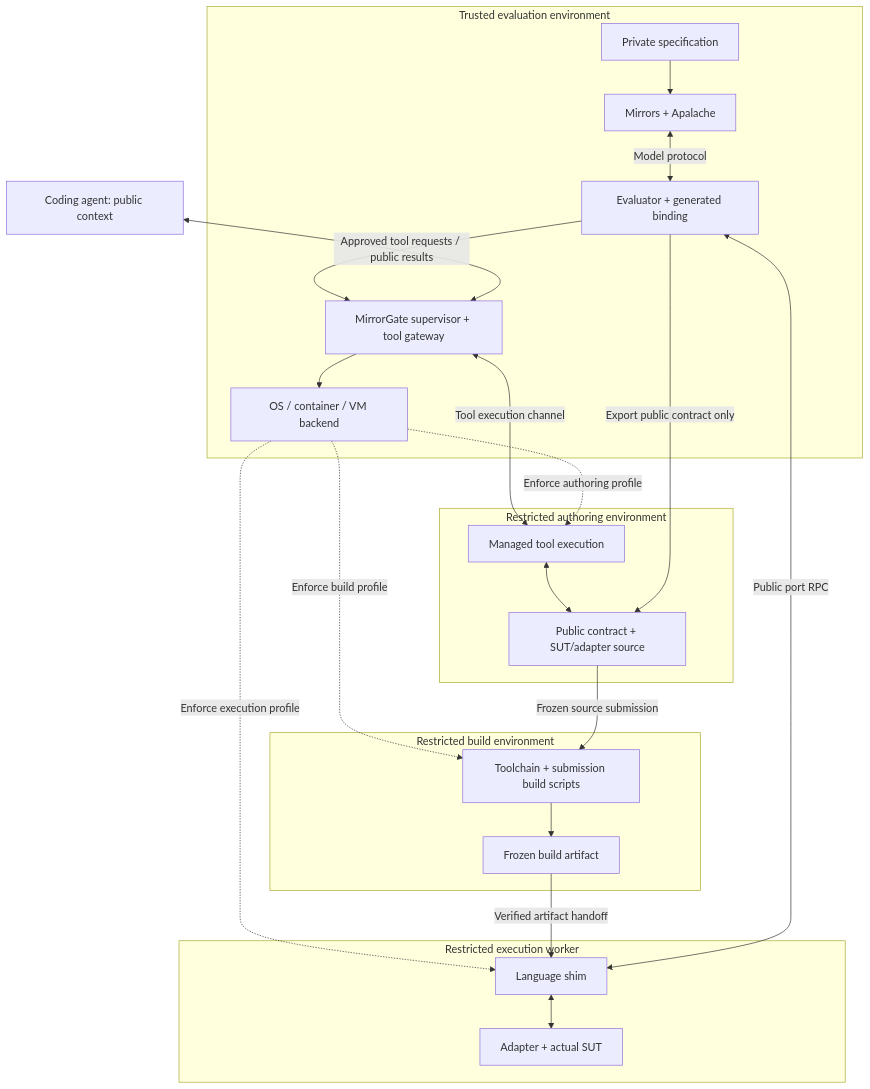
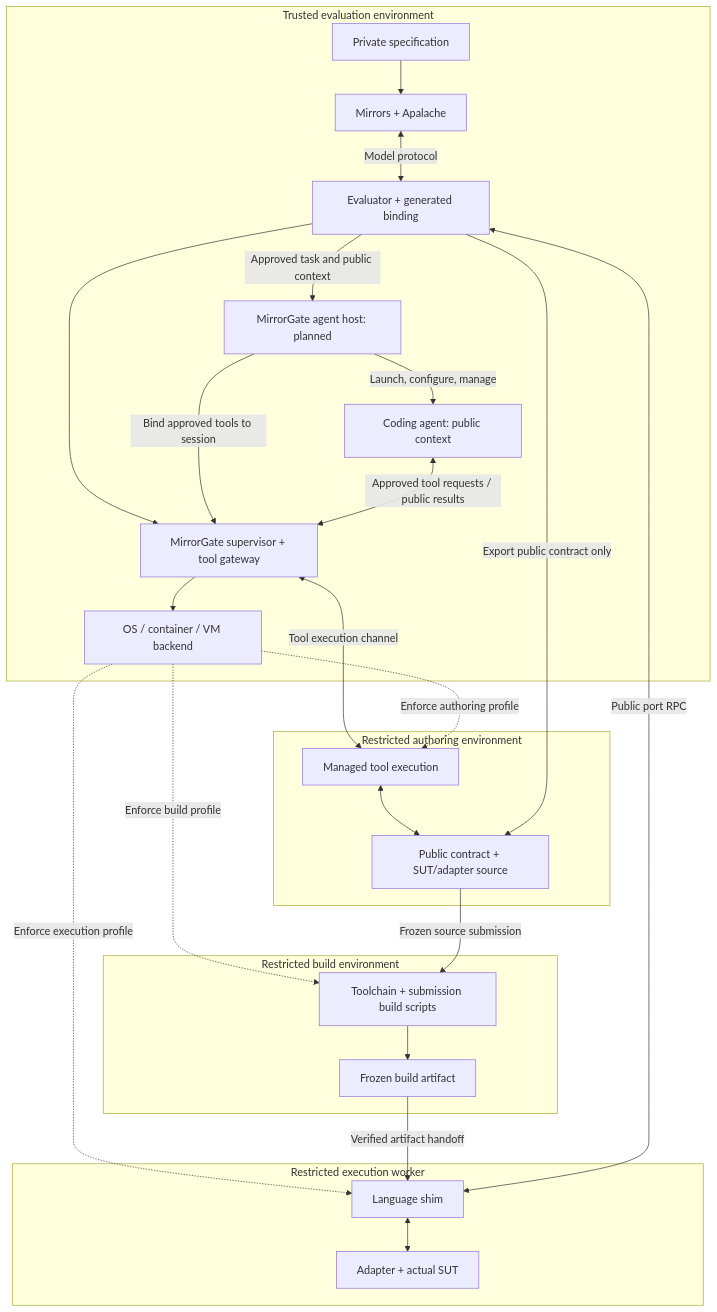
The diagram in docs/architecture.md (NzSN/MirrorGate), drawn with Mermaid before and after one commit. The commit also changed other lines of this file and 8 other files, not shown here.

Commit message:
docs: assign managed agent hosting to MirrorGate

````diff
--- a/docs/architecture.md
+++ b/docs/architecture.md
@@ -72,28 +78,31 @@
 ```mermaid
 flowchart TB
     Agent["Coding agent: public context"]
     subgraph Trusted["Trusted evaluation environment"]
         Spec["Private specification"] --> Mirrors["Mirrors + Apalache"]
         Mirrors <-->|"Model protocol"| Evaluator["Evaluator + generated binding"]
         Evaluator --> Supervisor["MirrorGate supervisor + tool gateway"]
+        Evaluator -->|"Approved task and public context"| Host["MirrorGate agent host: planned"]
+        Host -->|"Launch, configure, manage"| Agent
+        Host -->|"Bind approved tools to session"| Supervisor
         Supervisor --> Backend["OS / container / VM backend"]
     end
     subgraph Authoring["Restricted authoring environment"]
         Tools["Managed tool execution"] <--> Workspace["Public contract + SUT/adapter source"]
     end
     subgraph Build["Restricted build environment"]
         Builder["Toolchain + submission build scripts"] --> Artifact["Frozen build artifact"]
     end
     subgraph Restricted["Restricted execution worker"]
         Shim["Language shim"] <--> Adapter["Adapter + actual SUT"]
     end
     Agent <-->|"Approved tool requests / public results"| Supervisor
     Supervisor <-->|"Tool execution channel"| Tools
     Backend -.->|"Enforce authoring profile"| Tools
     Backend -.->|"Enforce build profile"| Builder
     Backend -.->|"Enforce execution profile"| Shim
     Evaluator -->|"Export public contract only"| Workspace
     Workspace -->|"Frozen source submission"| Builder
     Artifact -->|"Verified artifact handoff"| Shim
     Evaluator <-->|"Public port RPC"| Shim
 ```
````
